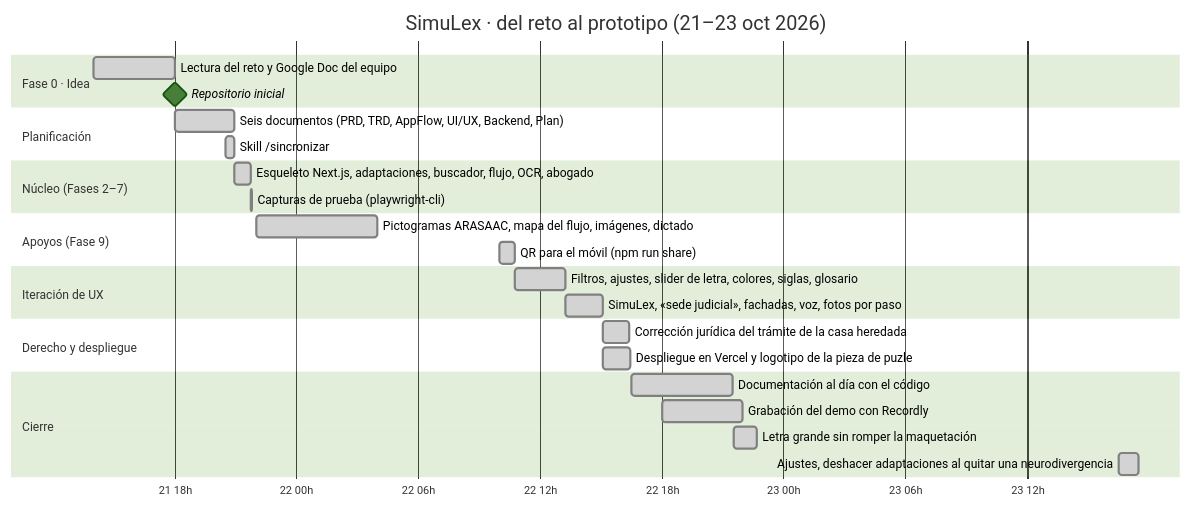
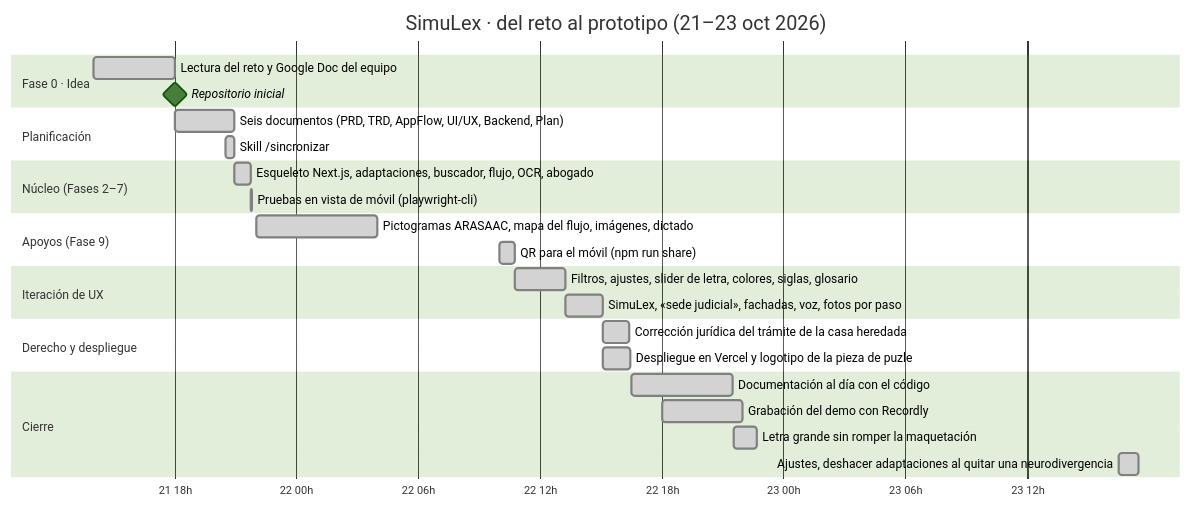
Before and after one commit to perezllanosnicolas/Datathon: the first of 12 diagrams in docs/07-Diagramas.md, drawn with Mermaid (forest theme). The commit also changed other lines of this file and 25 other files, not shown here.

````diff
--- a/docs/07-Diagramas.md
+++ b/docs/07-Diagramas.md
@@ -23,37 +23,37 @@
 ```mermaid
 gantt
     title SimuLex · del reto al prototipo (21–23 oct 2026)
     dateFormat YYYY-MM-DD HH:mm
     axisFormat %d %Hh
     todayMarker off
 
     section Fase 0 · Idea
     Lectura del reto y Google Doc del equipo     :done, idea, 2026-10-21 14:00, 4h
     Repositorio inicial                          :milestone, m0, 2026-10-21 18:01, 0d
 
     section Planificación
     Seis documentos (PRD, TRD, AppFlow, UI/UX, Backend, Plan) :done, plan, 2026-10-21 18:01, 174m
     Skill /sincronizar                           :done, sync, 2026-10-21 20:30, 25m
 
     section Núcleo (Fases 2–7)
     Esqueleto Next.js, adaptaciones, buscador, flujo, OCR, abogado :done, core, 2026-10-21 20:55, 50m
-    Capturas de prueba (playwright-cli)          :done, shots, 2026-10-21 21:45, 5m
+    Pruebas en vista de móvil (playwright-cli)   :done, shots, 2026-10-21 21:45, 5m
 
     section Apoyos (Fase 9)
     Pictogramas ARASAAC, mapa del flujo, imágenes, dictado :done, sup, 2026-10-21 22:00, 6h
     QR para el móvil (npm run share)             :done, qr, 2026-10-22 10:00, 45m
 
     section Iteración de UX
     Filtros, ajustes, slider de letra, colores, siglas, glosario :done, ux, 2026-10-22 10:45, 150m
     SimuLex, «sede judicial», fachadas, voz, fotos por paso :done, brand, 2026-10-22 13:15, 110m
 
     section Derecho y despliegue
     Corrección jurídica del trámite de la casa heredada :done, law, 2026-10-22 15:05, 80m
     Despliegue en Vercel y logotipo de la pieza de puzle :done, vercel, 2026-10-22 15:05, 83m
 
     section Cierre
     Documentación al día con el código           :done, docs, 2026-10-22 16:30, 5h
     Grabación del demo con Recordly              :done, rec, 2026-10-22 18:00, 4h
     Letra grande sin romper la maquetación       :done, font, 2026-10-22 21:34, 67m
     Ajustes, deshacer adaptaciones al quitar una neurodivergencia :done, fix, 2026-10-23 16:30, 1h
 ```
````
